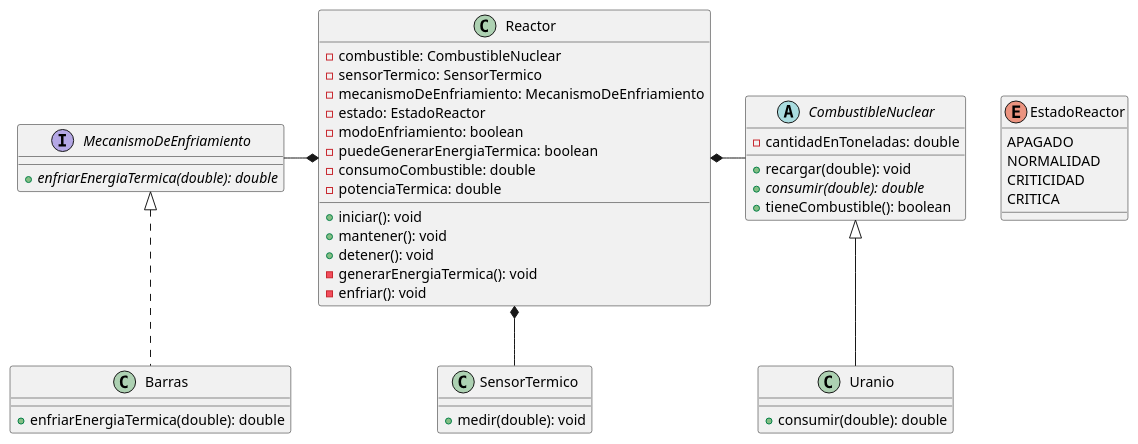
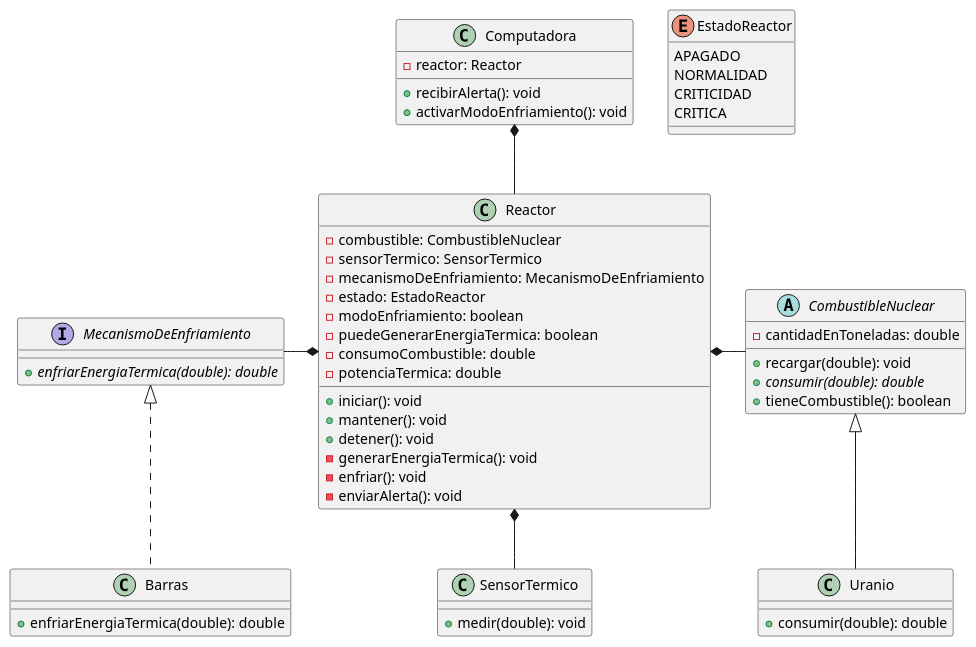
Before and after one commit to Xr60031/Laboratorio_3_Trabajo_Practico_Reactor_Nuclear: the diagram in Diagramas/Diagramas_de_clases/DiagramaReactor.puml, drawn with PlantUML.

Commit message:
Agrega la clase Computadora al diagrama Reactor

```diff
--- a/Diagramas/Diagramas_de_clases/DiagramaReactor.puml
+++ b/Diagramas/Diagramas_de_clases/DiagramaReactor.puml
@@ -1,55 +1,63 @@
 @startuml DiagramaReactor
 
 enum EstadoReactor {
   APAGADO
   NORMALIDAD
   CRITICIDAD
   CRITICA
 }
 
 abstract class CombustibleNuclear {
   - cantidadEnToneladas: double
  
   + recargar(double): void
   + {abstract} consumir(double): double
   + tieneCombustible(): boolean
 }
 
 class Uranio extends CombustibleNuclear {
   + consumir(double): double
 }
 
 interface MecanismoDeEnfriamiento {
   + {abstract} enfriarEnergiaTermica(double): double
 }
 
 class Barras implements MecanismoDeEnfriamiento {
   + enfriarEnergiaTermica(double): double
 }
 
 class SensorTermico {
   + medir(double): void
 }
 
+class Computadora {
+  - reactor: Reactor
+  + recibirAlerta(): void
+  + activarModoEnfriamiento(): void
+}
+
 class Reactor {
   - combustible: CombustibleNuclear
   - sensorTermico: SensorTermico
   - mecanismoDeEnfriamiento: MecanismoDeEnfriamiento
   - estado: EstadoReactor
   - modoEnfriamiento: boolean
   - puedeGenerarEnergiaTermica: boolean
   - consumoCombustible: double
   - potenciaTermica: double
 
   + iniciar(): void
   + mantener(): void
   + detener(): void
   - generarEnergiaTermica(): void
   - enfriar(): void
+  - enviarAlerta(): void
 }
 
 Reactor *-r- CombustibleNuclear
 Reactor *-- SensorTermico
 Reactor *-l- MecanismoDeEnfriamiento
+Computadora *-- Reactor
 
 @enduml
```
